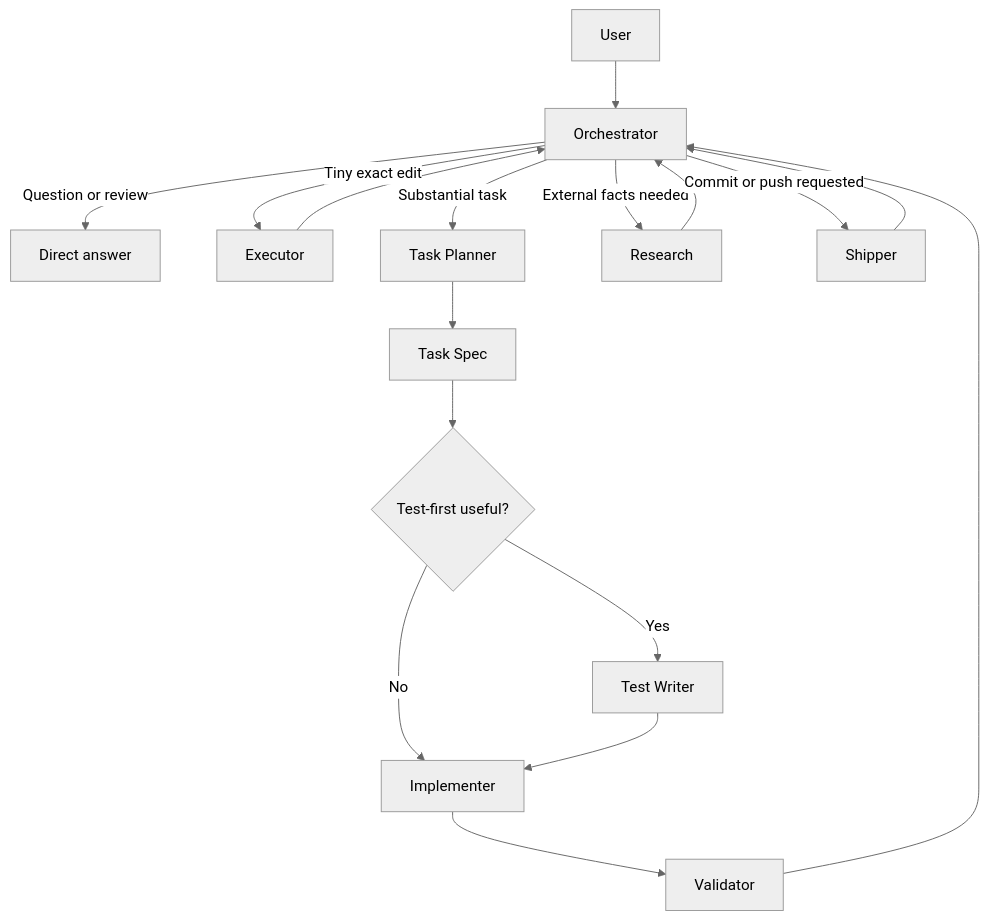
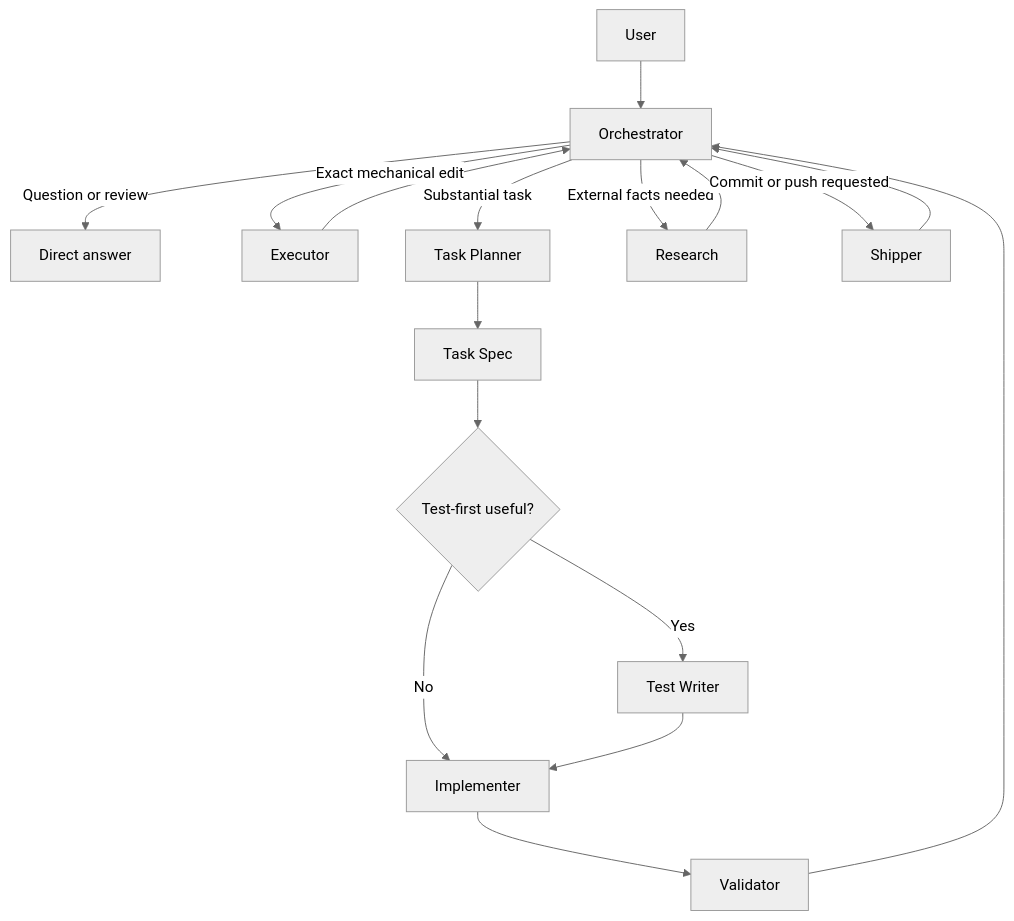
One commit to louisemalvin/opencode-dispatcher changed the first of 10 diagrams in README.md. Above: the diagram before and after it, drawn with Mermaid (neutral theme). The commit also changed other lines of this file and 5 other files, not shown here.

````diff
--- a/README.md
+++ b/README.md
@@ -27,23 +27,23 @@
 ```mermaid
 flowchart TD
     User[User] --> Orchestrator[Orchestrator]
 
     Orchestrator -->|Question or review| Direct[Direct answer]
-    Orchestrator -->|Tiny exact edit| Executor[Executor]
+    Orchestrator -->|Exact mechanical edit| Executor[Executor]
     Orchestrator -->|Substantial task| Planner[Task Planner]
     Orchestrator -->|External facts needed| Research[Research]
     Orchestrator -->|Commit or push requested| Shipper[Shipper]
 
     Research --> Orchestrator
     Executor --> Orchestrator
 
     Planner --> Spec[Task Spec]
     Spec --> TestWriter{Test-first useful?}
     TestWriter -->|Yes| Tests[Test Writer]
     TestWriter -->|No| Implementer[Implementer]
     Tests --> Implementer
     Implementer --> Validator[Validator]
     Validator --> Orchestrator
 
     Shipper --> Orchestrator
 ```
````
